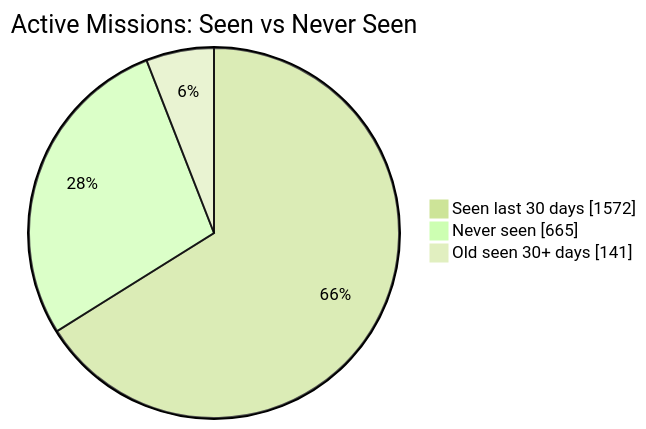
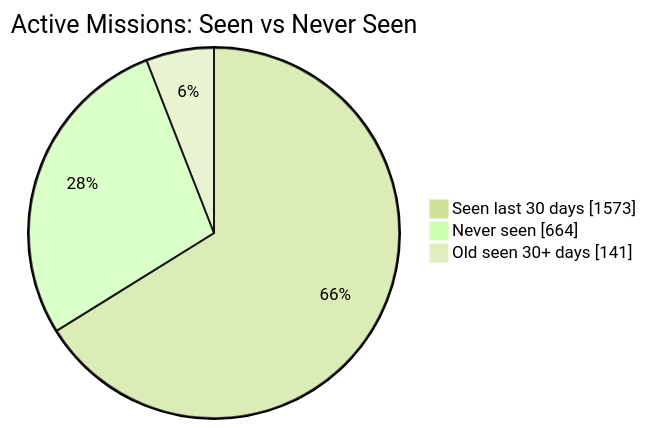
The first of 2 diagrams in README.md (MeldkamerspelGameTeam/active-missions), drawn with Mermaid (forest theme) before and after one commit. The commit also changed other lines of this file and 2 other files, not shown here.

````diff
--- a/README.md
+++ b/README.md
@@ -34,7 +34,7 @@
 ```mermaid
 pie showData
     title Active Missions: Seen vs Never Seen
-    "Seen last 30 days" : 1572
-    "Never seen" : 665
+    "Seen last 30 days" : 1573
+    "Never seen" : 664
     "Old seen 30+ days" : 141
 ```
````
